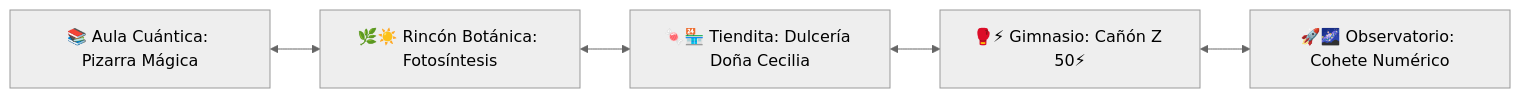
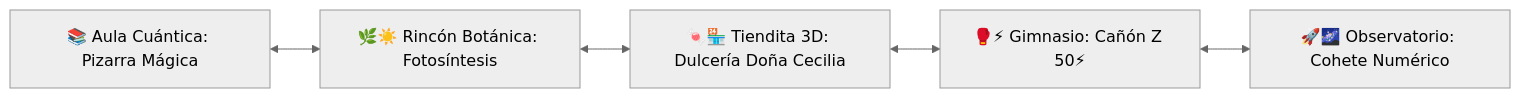
One commit to coloapp/Juegos_Escolares changed the first of 2 diagrams in README.md. Above: the diagram before and after it, drawn with Mermaid (neutral theme). The commit also changed other lines of this file and 4 other files, not shown here.

````diff
--- a/README.md
+++ b/README.md
@@ -19,4 +20,4 @@
 ```mermaid
 graph LR
-    R1[📚 Aula Cuántica: Pizarra Mágica] <--> R2[🌿☀️ Rincón Botánica: Fotosíntesis] <--> R3[🍬🏪 Tiendita: Dulcería Doña Cecilia] <--> R4[🥊⚡ Gimnasio: Cañón Z 50⚡] <--> R5[🚀🌌 Observatorio: Cohete Numérico]
+    R1[📚 Aula Cuántica: Pizarra Mágica] <--> R2[🌿☀️ Rincón Botánica: Fotosíntesis] <--> R3[🍬🏪 Tiendita 3D: Dulcería Doña Cecilia] <--> R4[🥊⚡ Gimnasio: Cañón Z 50⚡] <--> R5[🚀🌌 Observatorio: Cohete Numérico]
 ```
````
